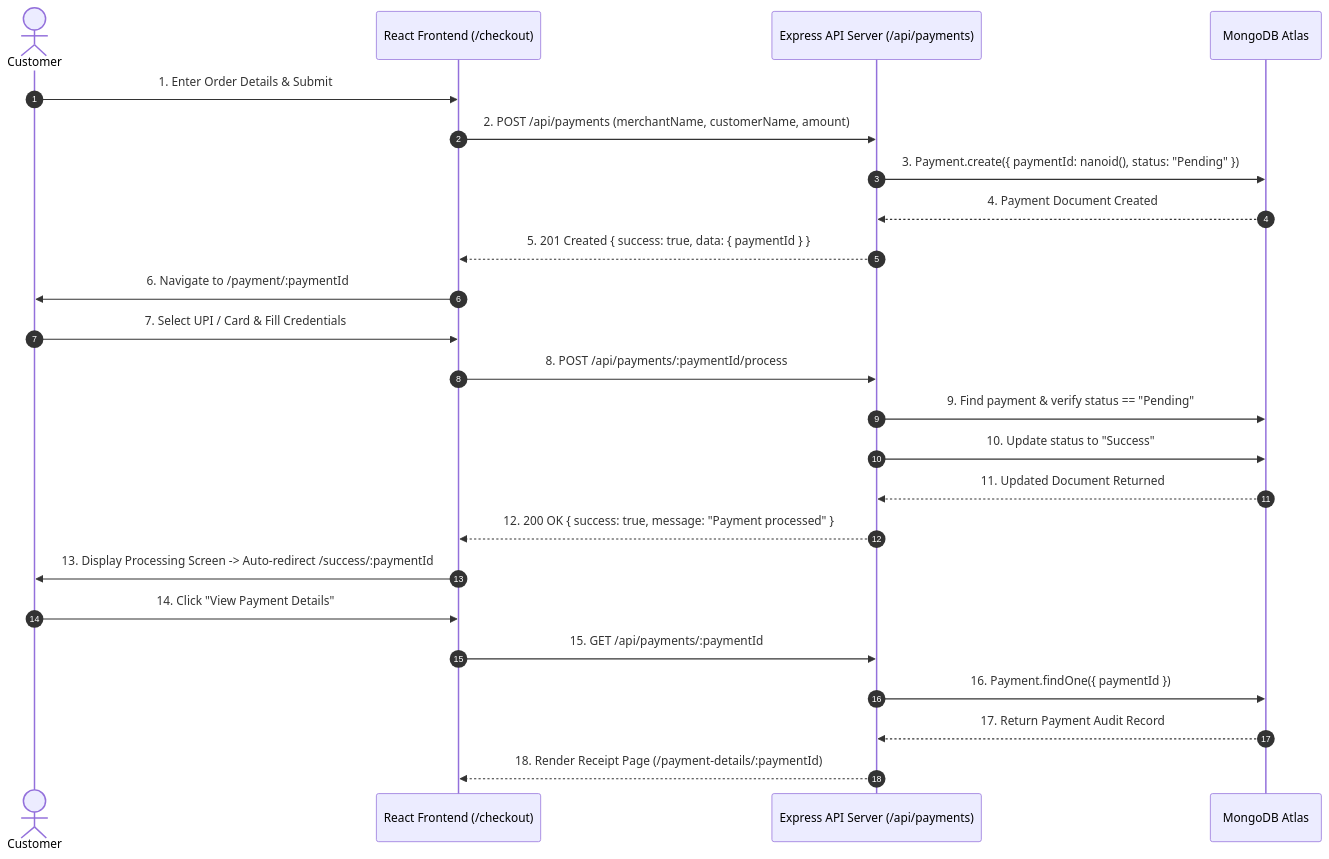
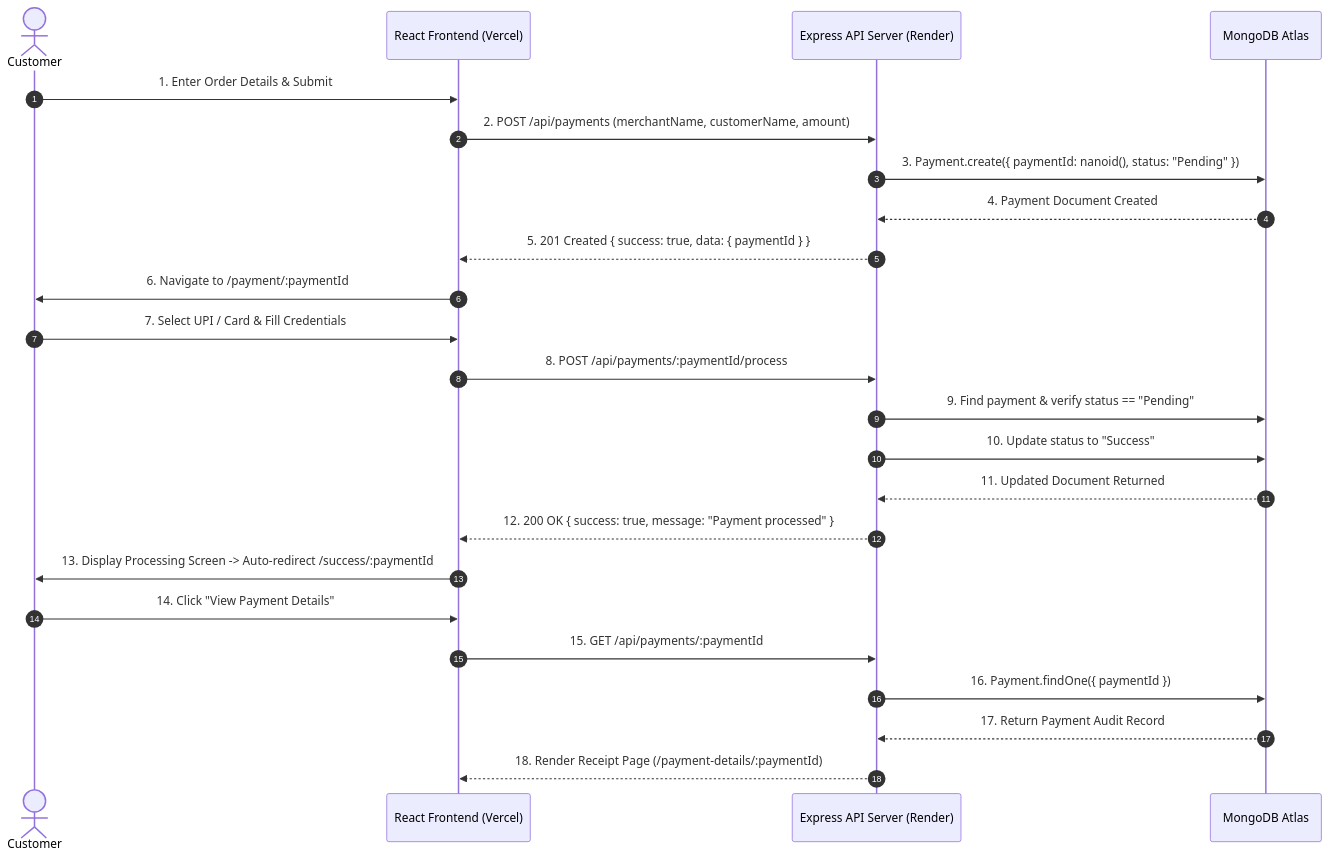
Before and after one commit to chitrakulkarni2830/payMock: the diagram in README.md, drawn with Mermaid. The commit also changed other lines of this file and 17 other files, not shown here.

Commit message:
docs: add deployment documentation for Vercel and Render

````diff
--- a/README.md
+++ b/README.md
@@ -77,29 +138,29 @@
 ```mermaid
 sequenceDiagram
     autonumber
     actor Customer
-    participant UI as React Frontend (/checkout)
-    participant API as Express API Server (/api/payments)
+    participant UI as React Frontend (Vercel)
+    participant API as Express API Server (Render)
     participant DB as MongoDB Atlas
 
     Customer->>UI: 1. Enter Order Details & Submit
     UI->>API: 2. POST /api/payments (merchantName, customerName, amount)
     API->>DB: 3. Payment.create({ paymentId: nanoid(), status: "Pending" })
     DB-->>API: 4. Payment Document Created
     API-->>UI: 5. 201 Created { success: true, data: { paymentId } }
     UI->>Customer: 6. Navigate to /payment/:paymentId
 
     Customer->>UI: 7. Select UPI / Card & Fill Credentials
     UI->>API: 8. POST /api/payments/:paymentId/process
     API->>DB: 9. Find payment & verify status == "Pending"
     API->>DB: 10. Update status to "Success"
     DB-->>API: 11. Updated Document Returned
     API-->>UI: 12. 200 OK { success: true, message: "Payment processed" }
 
     UI->>Customer: 13. Display Processing Screen -> Auto-redirect /success/:paymentId
     Customer->>UI: 14. Click "View Payment Details"
     UI->>API: 15. GET /api/payments/:paymentId
     API->>DB: 16. Payment.findOne({ paymentId })
     DB-->>API: 17. Return Payment Audit Record
     API-->>UI: 18. Render Receipt Page (/payment-details/:paymentId)
 ```
````
